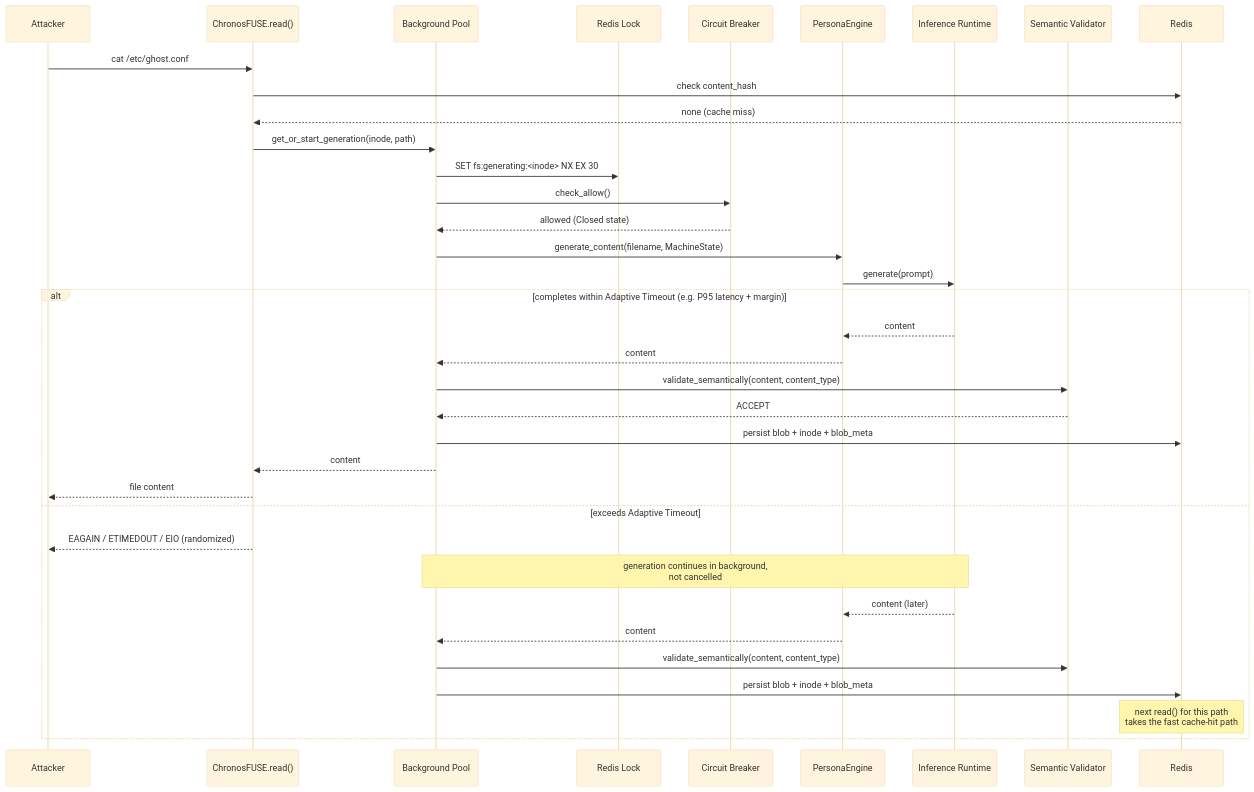
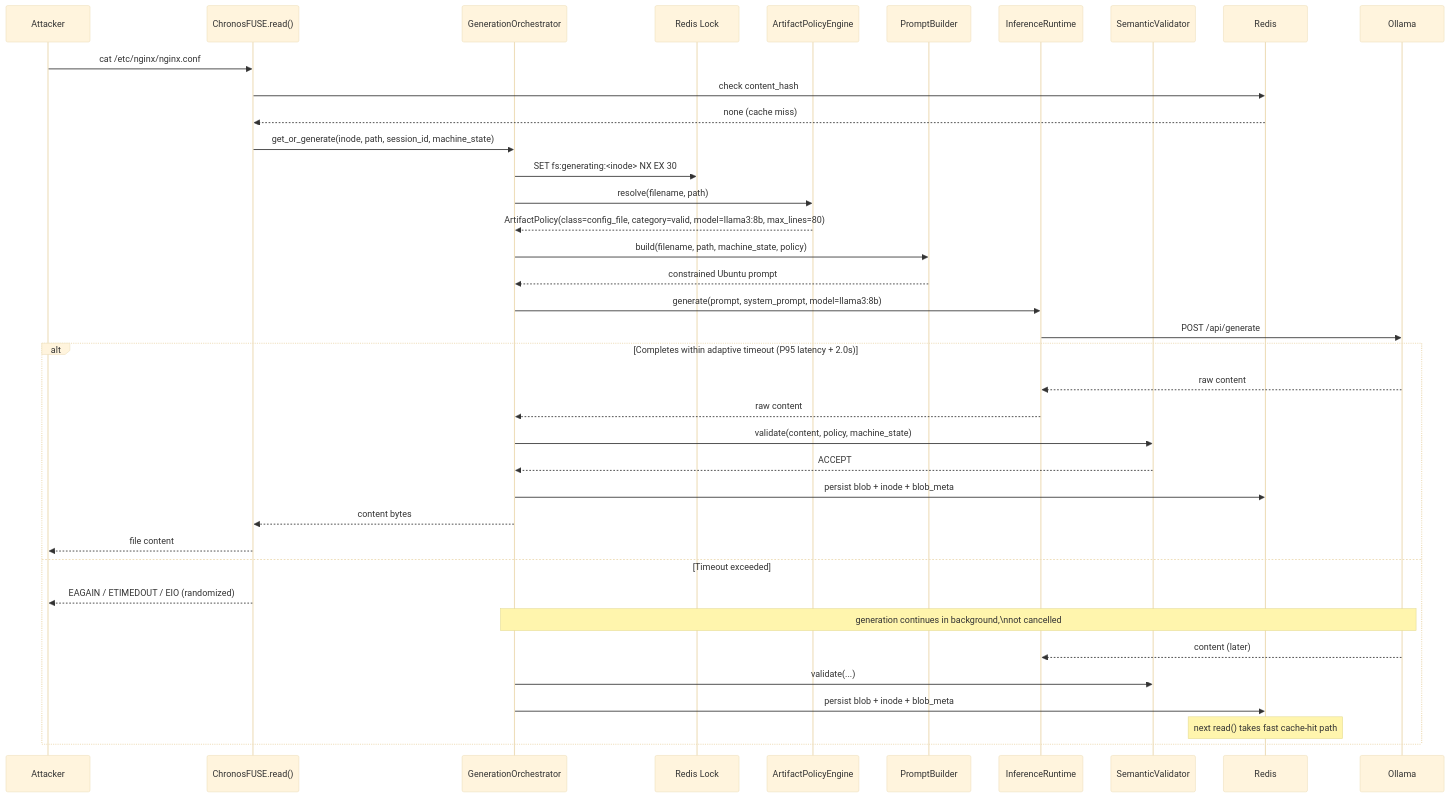
One commit to Rizzy1857/Apate changed the third of 6 diagrams in docs/AI_ARCHITECTURE.md. Above: the diagram before and after it, drawn with Mermaid (base theme). The commit also changed other lines of this file and 25 other files, not shown here.

````diff
--- a/docs/AI_ARCHITECTURE.md
+++ b/docs/AI_ARCHITECTURE.md
@@ -144,40 +144,41 @@
 ```mermaid
 sequenceDiagram
     participant Attacker
     participant FUSE as ChronosFUSE.read()
-    participant Pool as Background Pool
+    participant Pool as GenerationOrchestrator
     participant Lock as Redis Lock
-    participant CB as Circuit Breaker
-    participant Persona as PersonaEngine
-    participant Runtime as Inference Runtime
-    participant Validator as Semantic Validator
+    participant Policy as ArtifactPolicyEngine
+    participant Builder as PromptBuilder
+    participant Runtime as InferenceRuntime
+    participant Validator as SemanticValidator
     participant Redis
 
-    Attacker->>FUSE: cat /etc/ghost.conf
+    Attacker->>FUSE: cat /etc/nginx/nginx.conf
     FUSE->>Redis: check content_hash
     Redis-->>FUSE: none (cache miss)
-    FUSE->>Pool: get_or_start_generation(inode, path)
+    FUSE->>Pool: get_or_generate(inode, path, session_id, machine_state)
     Pool->>Lock: SET fs:generating:<inode> NX EX 30
-    Pool->>CB: check_allow()
-    CB-->>Pool: allowed (Closed state)
-    Pool->>Persona: generate_content(filename, MachineState)
-    Persona->>Runtime: generate(prompt)
+    Pool->>Policy: resolve(filename, path)
+    Policy-->>Pool: ArtifactPolicy(class=config_file, category=valid, model=llama3:8b, max_lines=80)
+    Pool->>Builder: build(filename, path, machine_state, policy)
+    Builder-->>Pool: constrained Ubuntu prompt
+    Pool->>Runtime: generate(prompt, system_prompt, model=llama3:8b)
+    Runtime->>Ollama: POST /api/generate
 
-    alt completes within Adaptive Timeout (e.g. P95 latency + margin)
-        Runtime-->>Persona: content
-        Persona-->>Pool: content
-        Pool->>Validator: validate_semantically(content, content_type)
+    alt Completes within adaptive timeout (P95 latency + 2.0s)
+        Ollama-->>Runtime: raw content
+        Runtime-->>Pool: raw content
+        Pool->>Validator: validate(content, policy, machine_state)
         Validator-->>Pool: ACCEPT
         Pool->>Redis: persist blob + inode + blob_meta
-        Pool-->>FUSE: content
+        Pool-->>FUSE: content bytes
         FUSE-->>Attacker: file content
-    else exceeds Adaptive Timeout
+    else Timeout exceeded
         FUSE-->>Attacker: EAGAIN / ETIMEDOUT / EIO (randomized)
-        Note over Pool,Runtime: generation continues in background,<br/>not cancelled
-        Runtime-->>Persona: content (later)
-        Persona-->>Pool: content
-        Pool->>Validator: validate_semantically(content, content_type)
+        Note over Pool,Ollama: generation continues in background,\nnot cancelled
+        Ollama-->>Runtime: content (later)
+        Pool->>Validator: validate(...)
         Pool->>Redis: persist blob + inode + blob_meta
-        Note over Redis: next read() for this path<br/>takes the fast cache-hit path
+        Note over Redis: next read() takes fast cache-hit path
     end
 ```
````
